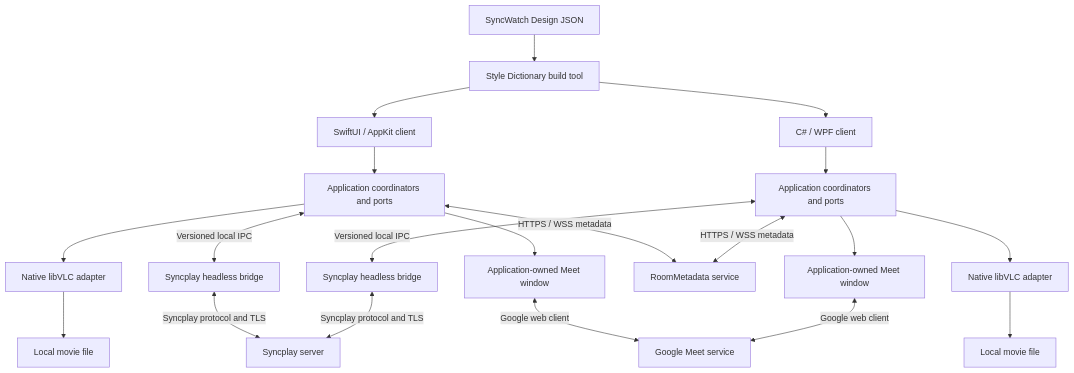
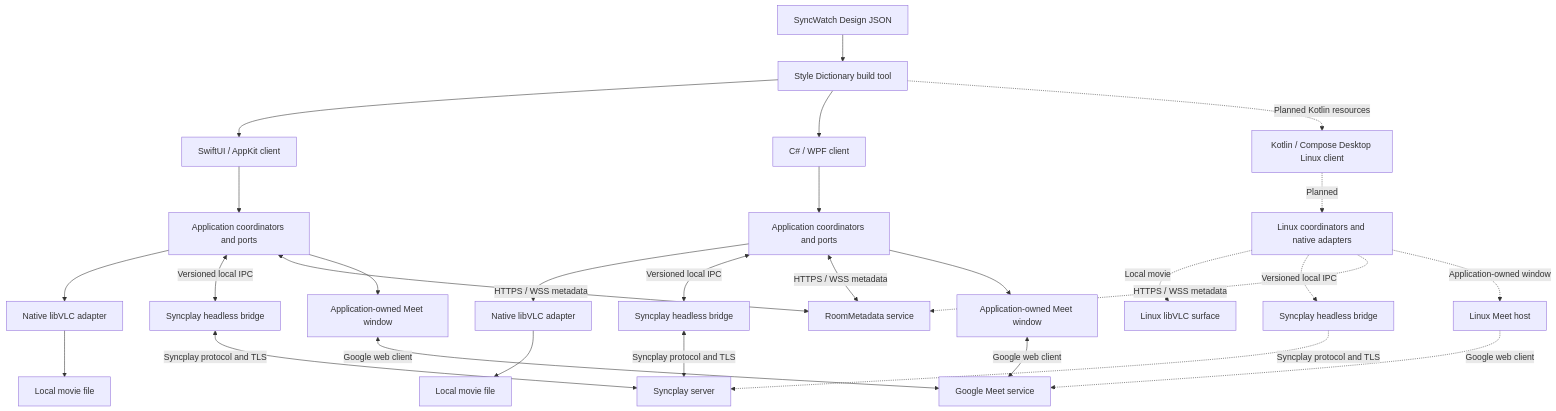
Before and after one commit to allnes/syncwatch-2: the first of 2 diagrams in docs/architecture/README.md, drawn with Mermaid. The commit also changed other lines of this file and 33 other files, not shown here.

First line of the commit message:
Generate native design resources and define Linux client stack (#15)

````diff
--- a/docs/architecture/README.md
+++ b/docs/architecture/README.md
@@ -24,22 +25,30 @@
 ```mermaid
 flowchart TB
     D[SyncWatch Design JSON] --> G[Style Dictionary build tool]
     G --> A[SwiftUI / AppKit client]
     G --> W[C# / WPF client]
+    G -. Planned Kotlin resources .-> L[Kotlin / Compose Desktop Linux client]
+    L -. Planned .-> CL[Linux coordinators and native adapters]
+    CL -. Local movie .-> FL[Linux libVLC surface]
+    CL -. Versioned local IPC .-> SL[Syncplay headless bridge]
+    SL -. Syncplay protocol and TLS .-> SS
+    CL -. HTTPS / WSS metadata .-> R
+    CL -. Application-owned window .-> ML[Linux Meet host]
+    ML -. Google web client .-> M
     A --> CA[Application coordinators and ports]
     W --> CW[Application coordinators and ports]
     CA --> VA[Native libVLC adapter]
     CW --> VW[Native libVLC adapter]
     VA --> FA[Local movie file]
     VW --> FW[Local movie file]
     CA <-->|Versioned local IPC| SA[Syncplay headless bridge]
     CW <-->|Versioned local IPC| SW[Syncplay headless bridge]
     SA <-->|Syncplay protocol and TLS| SS[Syncplay server]
     SW <-->|Syncplay protocol and TLS| SS
     CA <-->|HTTPS / WSS metadata| R[RoomMetadata service]
     CW <-->|HTTPS / WSS metadata| R
     CA --> MA[Application-owned Meet window]
     CW --> MW[Application-owned Meet window]
     MA <-->|Google web client| M[Google Meet service]
     MW <-->|Google web client| M
 ```
````
